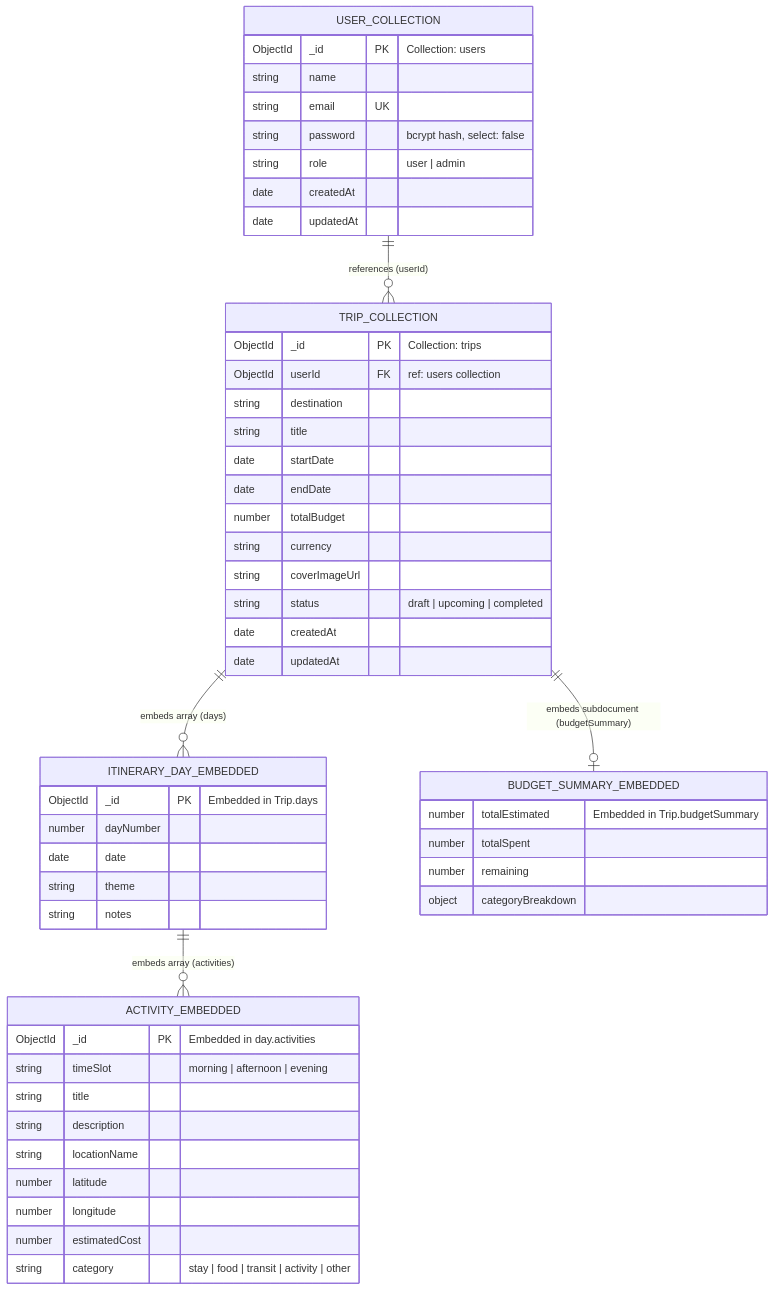
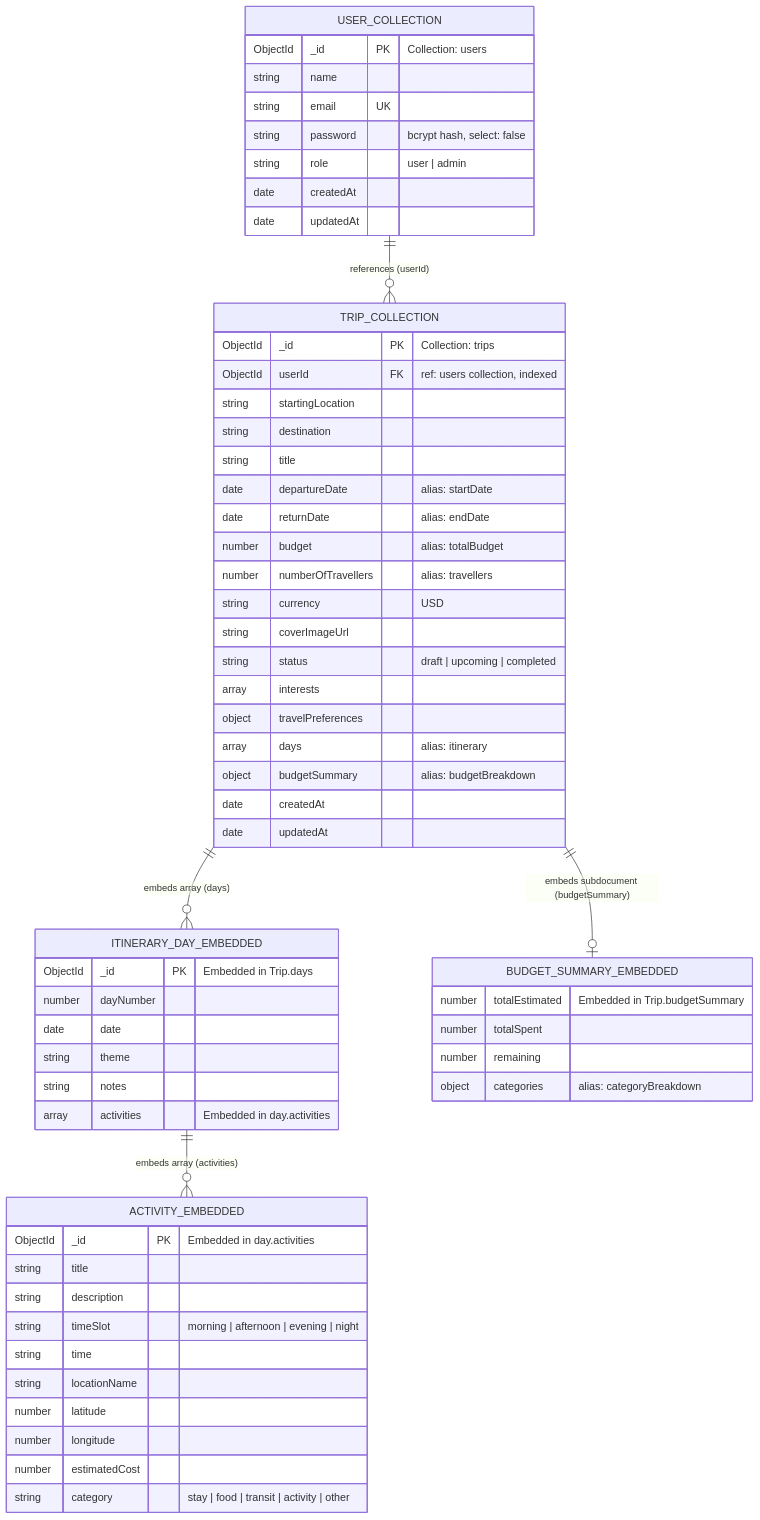
Before and after one commit to abhijeet5423/TripMind: the third of 3 diagrams in ARCHITECTURE.md, drawn with Mermaid. The commit also changed other lines of this file and 29 other files, not shown here.

First line of the commit message:
feat: complete TripMind trip creation integration and dashboard flow

````diff
--- a/ARCHITECTURE.md
+++ b/ARCHITECTURE.md
@@ -192,59 +197,67 @@
 ```mermaid
 erDiagram
     USER_COLLECTION ||--o{ TRIP_COLLECTION : "references (userId)"
     TRIP_COLLECTION ||--o{ ITINERARY_DAY_EMBEDDED : "embeds array (days)"
     ITINERARY_DAY_EMBEDDED ||--o{ ACTIVITY_EMBEDDED : "embeds array (activities)"
     TRIP_COLLECTION ||--o| BUDGET_SUMMARY_EMBEDDED : "embeds subdocument (budgetSummary)"
 
     USER_COLLECTION {
         ObjectId _id PK "Collection: users"
         string name
         string email UK
         string password "bcrypt hash, select: false"
         string role "user | admin"
         date createdAt
         date updatedAt
     }
 
     TRIP_COLLECTION {
         ObjectId _id PK "Collection: trips"
-        ObjectId userId FK "ref: users collection"
+        ObjectId userId FK "ref: users collection, indexed"
+        string startingLocation
         string destination
         string title
-        date startDate
-        date endDate
-        number totalBudget
-        string currency
+        date departureDate "alias: startDate"
+        date returnDate "alias: endDate"
+        number budget "alias: totalBudget"
+        number numberOfTravellers "alias: travellers"
+        string currency "USD"
         string coverImageUrl
         string status "draft | upcoming | completed"
+        array interests
+        object travelPreferences
+        array days "alias: itinerary"
+        object budgetSummary "alias: budgetBreakdown"
         date createdAt
         date updatedAt
     }
 
     ITINERARY_DAY_EMBEDDED {
         ObjectId _id PK "Embedded in Trip.days"
         number dayNumber
         date date
         string theme
         string notes
+        array activities "Embedded in day.activities"
     }
 
     ACTIVITY_EMBEDDED {
         ObjectId _id PK "Embedded in day.activities"
-        string timeSlot "morning | afternoon | evening"
         string title
         string description
+        string timeSlot "morning | afternoon | evening | night"
+        string time
         string locationName
         number latitude
         number longitude
         number estimatedCost
         string category "stay | food | transit | activity | other"
     }
 
     BUDGET_SUMMARY_EMBEDDED {
         number totalEstimated "Embedded in Trip.budgetSummary"
         number totalSpent
         number remaining
-        object categoryBreakdown
+        object categories "alias: categoryBreakdown"
     }
 ```
````
